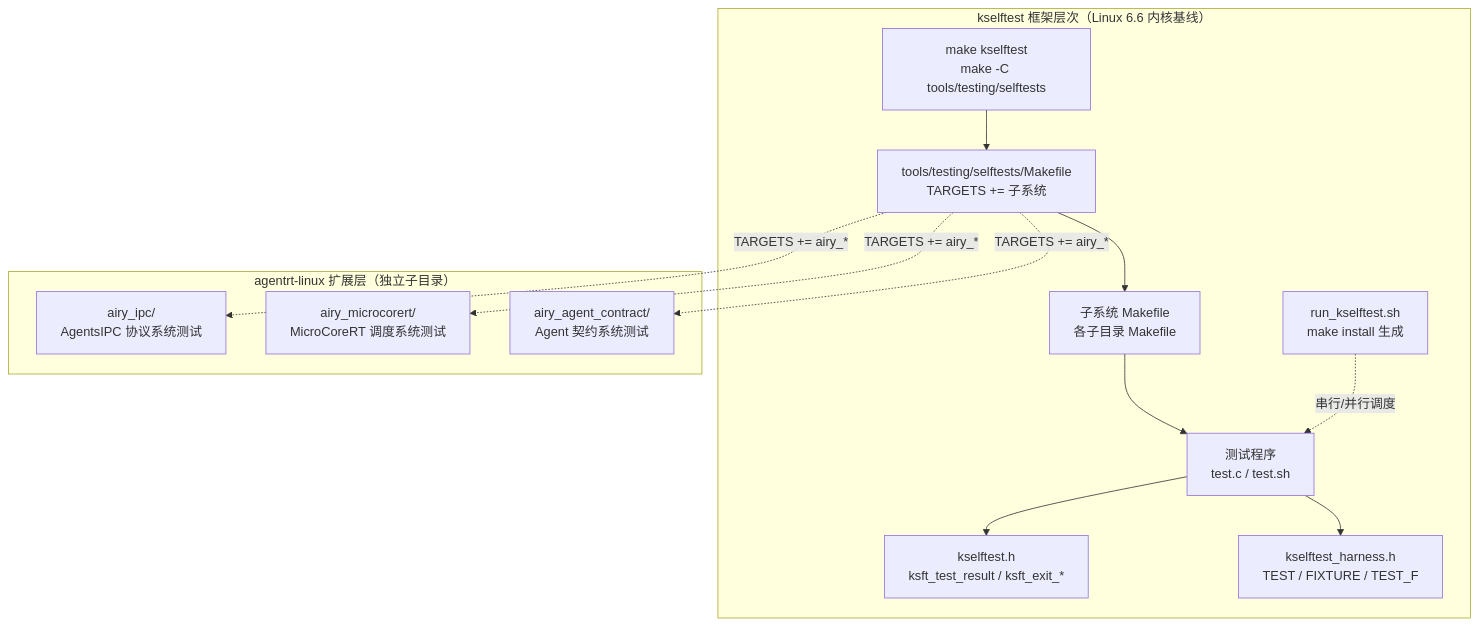
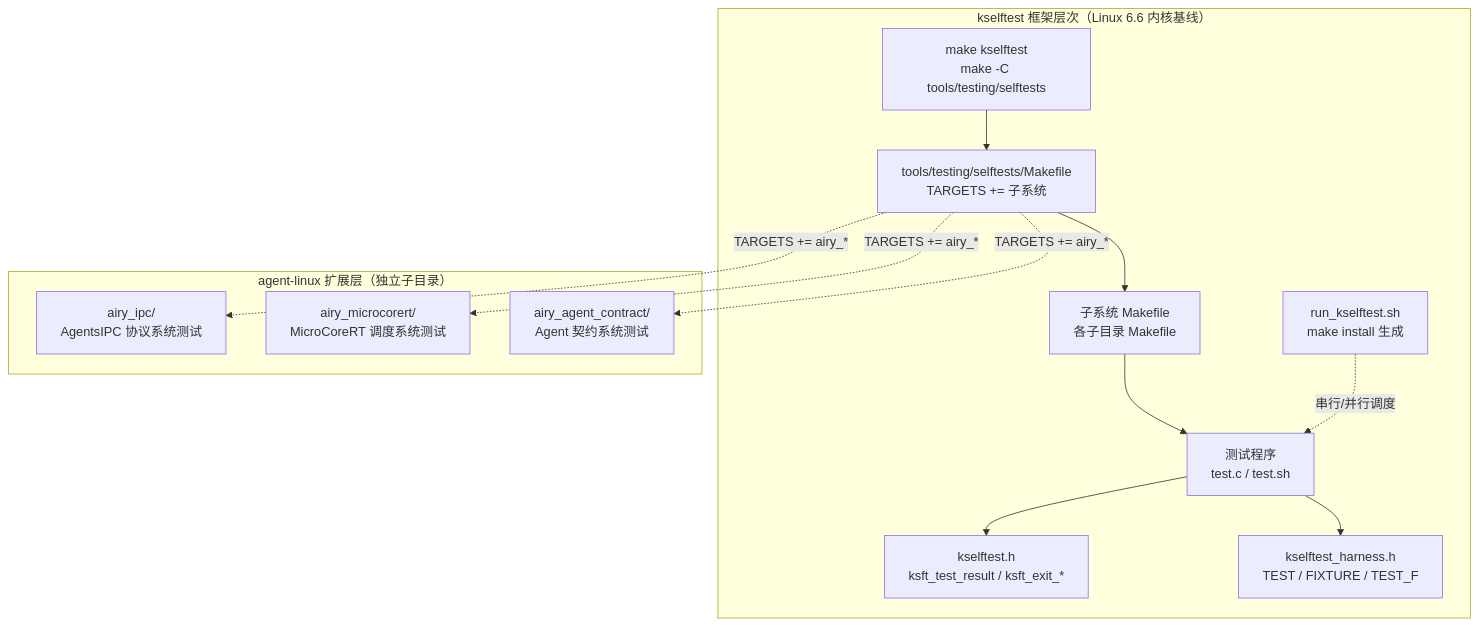
Before and after one commit to openairymax/docs-linux: the first of 4 diagrams in 80-testing/02-kselftest.md, drawn with Mermaid. The commit also changed other lines of this file and 172 other files, not shown here.

Commit message:
docs: rename agentrt-linux to agent-linux across docs v0.1.3 双工程结构：agentrt-linux 改名 agent-linux。docs 全仓 186 个 文件中的 agentrt-linux 引用统一为 agent-linux（AirymaxOS 工程名/ URL/路径引用；commit hash 与历史不变）。

````diff
--- a/80-testing/02-kselftest.md
+++ b/80-testing/02-kselftest.md
@@ -47,24 +47,24 @@
 ```mermaid
 flowchart TB
     subgraph "kselftest 框架层次（Linux 6.6 内核基线）"
         A["make kselftest<br/>make -C tools/testing/selftests"]
         B["tools/testing/selftests/Makefile<br/>TARGETS += 子系统"]
         C["子系统 Makefile<br/>各子目录 Makefile"]
         D["测试程序<br/>test.c / test.sh"]
         E["kselftest.h<br/>ksft_test_result / ksft_exit_*"]
         F["kselftest_harness.h<br/>TEST / FIXTURE / TEST_F"]
         G["run_kselftest.sh<br/>make install 生成"]
     end
     A --> B --> C --> D
     D --> E
     D --> F
     G -.->|串行/并行调度| D
-    subgraph "agentrt-linux 扩展层（独立子目录）"
+    subgraph "agent-linux 扩展层（独立子目录）"
         H["airy_ipc/<br/>AgentsIPC 协议系统测试"]
         I["airy_microcorert/<br/>MicroCoreRT 调度系统测试"]
         J["airy_agent_contract/<br/>Agent 契约系统测试"]
     end
     B -.->|TARGETS += airy_*| H
     B -.->|TARGETS += airy_*| I
     B -.->|TARGETS += airy_*| J
 ```
````
